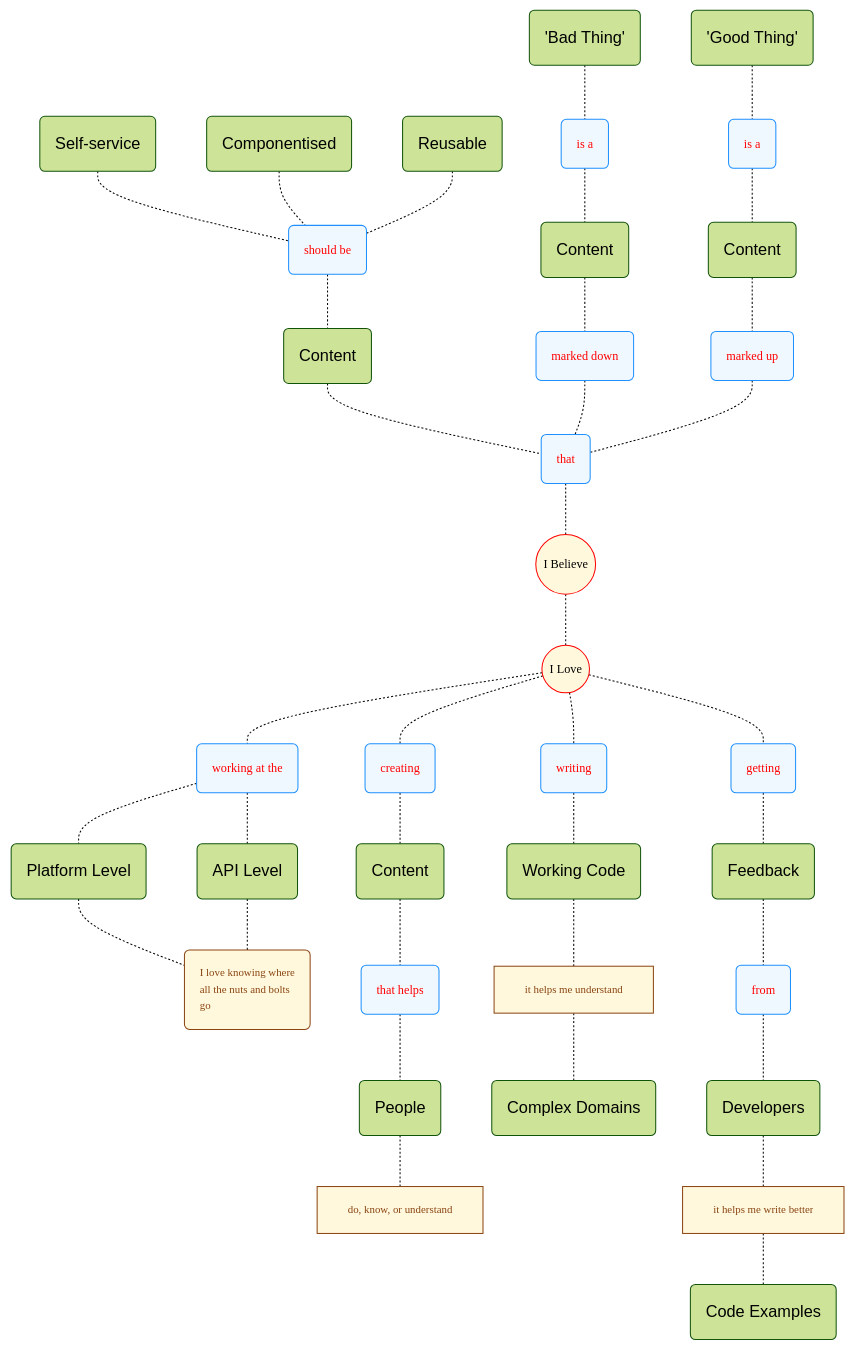
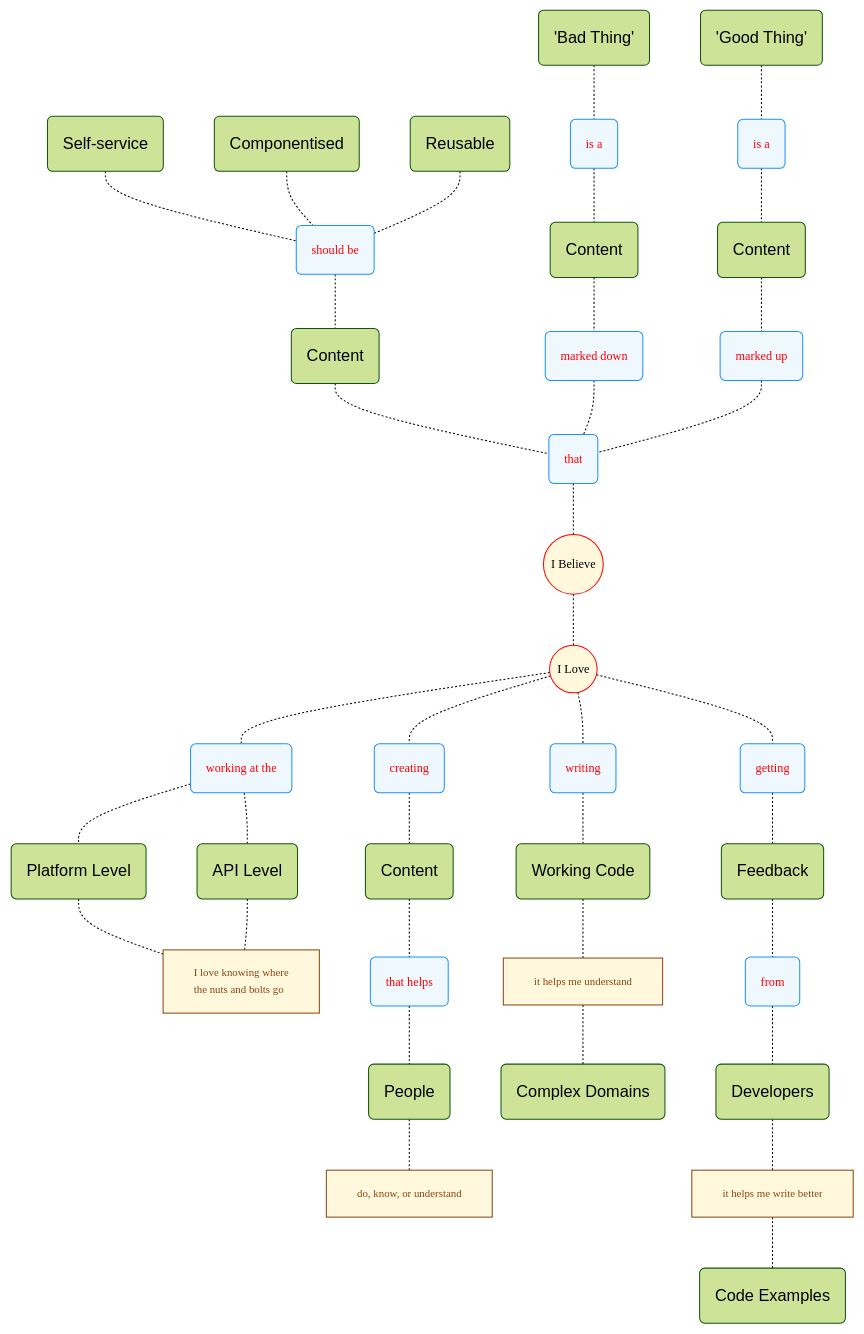
One commit to joe-dorward/samples changed the first of 2 diagrams in my_mindmap_02.md. Above: the diagram before and after it, drawn with Mermaid.

```diff
--- a/my_mindmap_02.md
+++ b/my_mindmap_02.md
@@ -47,7 +47,7 @@
   WORKING_AT_THE("working at the")
   PLATFORM_LEVEL("Platform Level")
   API_LEVEL("API Level")
-  LOVE_KNOWING_NUTS_AND_BOLTS("I love knowing where<br/>all the nuts and bolts<br/>go")
+  LOVE_KNOWING_NUTS_AND_BOLTS["I love knowing where<br/>the nuts and bolts go"]
 
   class WORKING_AT_THE Verb;
   class LOVE_KNOWING_NUTS_AND_BOLTS Note;
```
